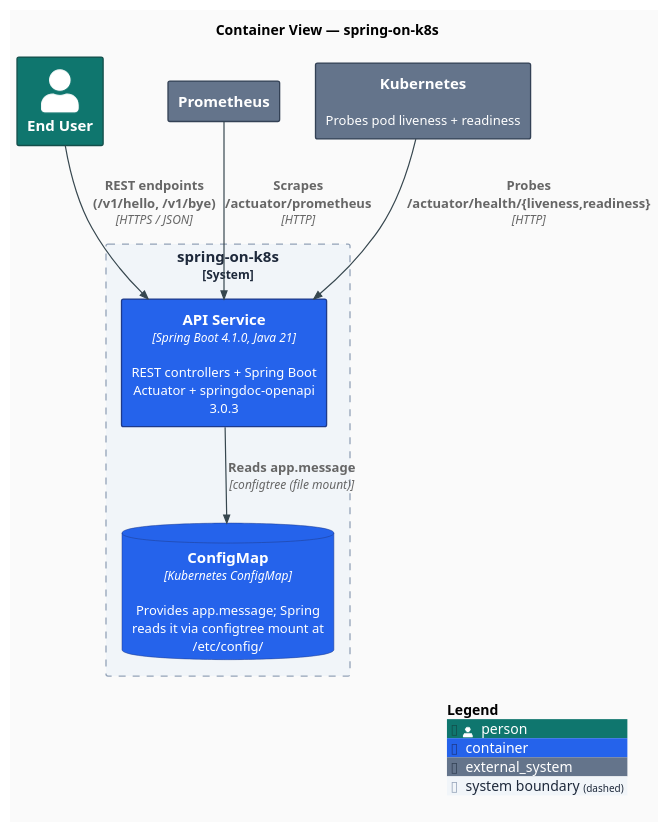
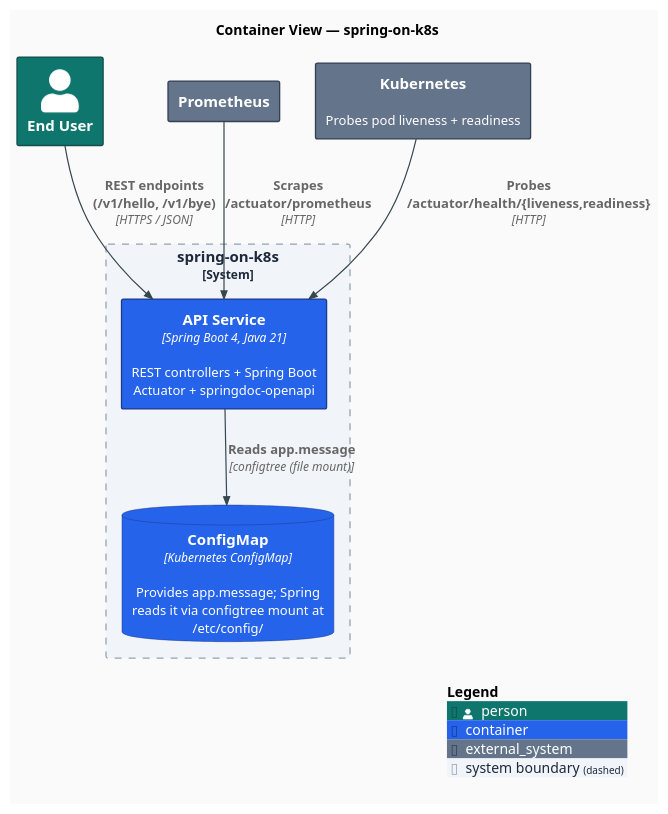
Before and after one commit to AndriyKalashnykov/spring-on-k8s: the diagram in docs/diagrams/c4-container.puml, drawn with PlantUML. The commit also changed 11 other files, not shown here.

First line of the commit message:
chore: gate stale CVE overrides, isolate diagram bumps, drop rotting versions from docs (#356)

```diff
--- a/docs/diagrams/c4-container.puml
+++ b/docs/diagrams/c4-container.puml
@@ -1,37 +1,37 @@
 @startuml c4-container
 !include https://raw.githubusercontent.com/plantuml-stdlib/C4-PlantUML/v2.14.0/C4_Container.puml
 
 ' Modern flat styling: no shadows, sharper corners, clean sans-serif, modern palette.
 skinparam backgroundColor #FAFAFA
 skinparam shadowing false
 skinparam roundCorner 4
 skinparam defaultFontName "Inter, Helvetica, Arial, sans-serif"
 skinparam defaultFontSize 13
 skinparam ArrowColor #37474F
 skinparam ArrowThickness 1.2
 skinparam rectangleBorderThickness 1.3
 
 UpdateElementStyle("person",       $fontColor="#FFFFFF", $bgColor="#0F766E", $borderColor="#134E4A")
 UpdateElementStyle("container",    $fontColor="#FFFFFF", $bgColor="#2563EB", $borderColor="#1E3A8A")
 UpdateElementStyle("container_db", $fontColor="#FFFFFF", $bgColor="#7C3AED", $borderColor="#4C1D95")
 UpdateElementStyle("external_system", $fontColor="#FFFFFF", $bgColor="#64748B", $borderColor="#334155")
 UpdateBoundaryStyle($bgColor="#F1F5F9", $borderColor="#94A3B8", $fontColor="#1E293B")
 
 title Container View — spring-on-k8s
 
 Person(user, "End User")
 System_Ext(prom, "Prometheus")
 System_Ext(k8s, "Kubernetes", "Probes pod liveness + readiness")
 
 System_Boundary(sys, "spring-on-k8s") {
-  Container(api, "API Service", "Spring Boot 4.1.0, Java 21", "REST controllers + Spring Boot Actuator + springdoc-openapi 3.0.3")
+  Container(api, "API Service", "Spring Boot 4, Java 21", "REST controllers + Spring Boot Actuator + springdoc-openapi")
   ContainerDb(cm, "ConfigMap", "Kubernetes ConfigMap", "Provides app.message; Spring reads it via configtree mount at /etc/config/")
 }
 
 Rel(user, api, "REST endpoints (/v1/hello, /v1/bye)", "HTTPS / JSON")
 Rel(api, cm, "Reads app.message", "configtree (file mount)")
 Rel(prom, api, "Scrapes /actuator/prometheus", "HTTP")
 Rel(k8s, api, "Probes /actuator/health/{liveness,readiness}", "HTTP")
 
 SHOW_LEGEND()
 @enduml
```
